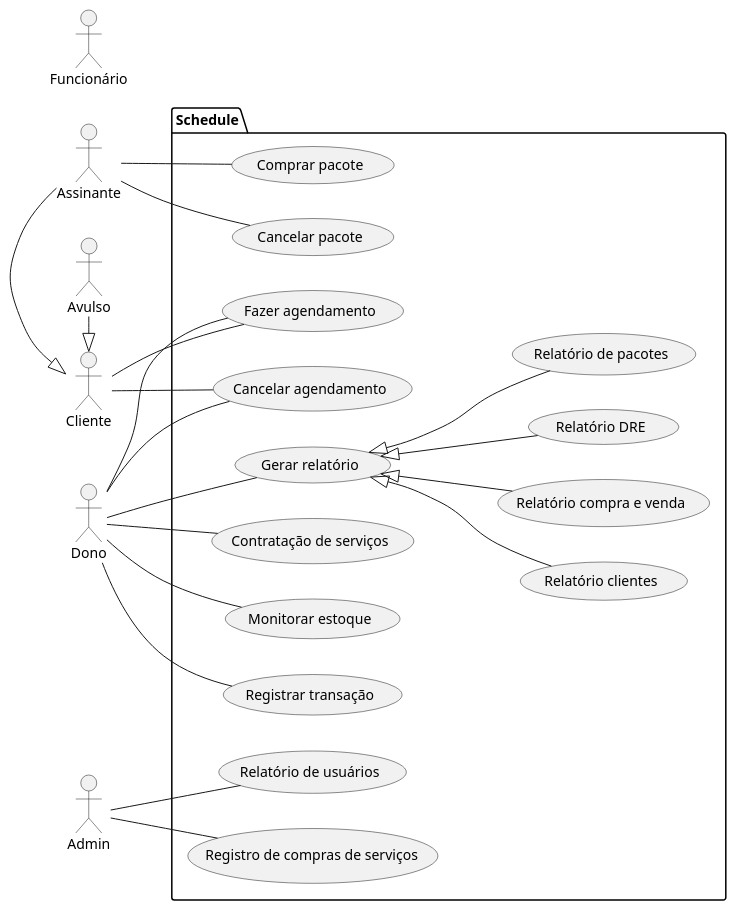
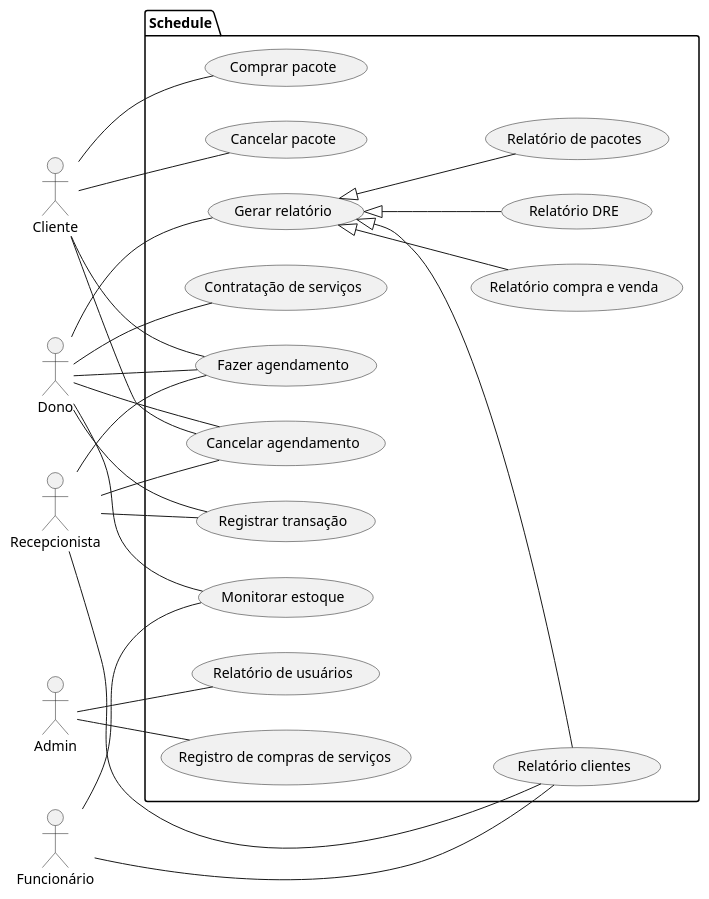
Before and after one commit to GabrielAlves027/ES2: the diagram in Doc/CasoDeUso/CasosDeUso.puml, drawn with PlantUML.

```diff
--- a/Doc/CasoDeUso/CasosDeUso.puml
+++ b/Doc/CasoDeUso/CasosDeUso.puml
@@ -1,43 +1,47 @@
 @startuml
 left to right direction
 actor Cliente as C
 actor Dono as D
 actor Funcionário as F
+actor Recepcionista as R
 actor Admin as A
-actor Assinante as S
-actor Avulso as V
 package Schedule{
   usecase "Fazer agendamento" as UC1
   usecase "Cancelar agendamento" as UC2
   usecase "Comprar pacote" as UC3
   usecase "Cancelar pacote" as UC4
   usecase "Monitorar estoque" as UC5
   usecase "Registrar transação" as UC6
   usecase "Gerar relatório" as UC7
   usecase "Relatório clientes" as UC8
   usecase "Relatório compra e venda" as UC9
   usecase "Relatório DRE" as UC10
   usecase "Relatório de pacotes" as UC11
   usecase "Registro de compras de serviços" as UC12
   usecase "Contratação de serviços" as UC13
   usecase "Relatório de usuários" as UC14
 }
-C <|-left- S
-C <|-left- V
+A -- UC12
+A -- UC14
+C -- UC3
+C -- UC4
+C -- UC1
+C -- UC2
 D -- UC1
 D -- UC2
 D -- UC5
 D -- UC6
 D -- UC13
 D -- UC7
-S -- UC3
-S -- UC4
-C -- UC1
-C -- UC2
-A -- UC12
-A -- UC14
+R -- UC1
+R -- UC2
+R -- UC6
+R -- UC8
+F -- UC5
+F -- UC8
+
 (UC7) <|-- (UC8)
 (UC7) <|-- (UC9)
 (UC7) <|-- (UC10)
 (UC7) <|-- (UC11)
 @enduml
```
